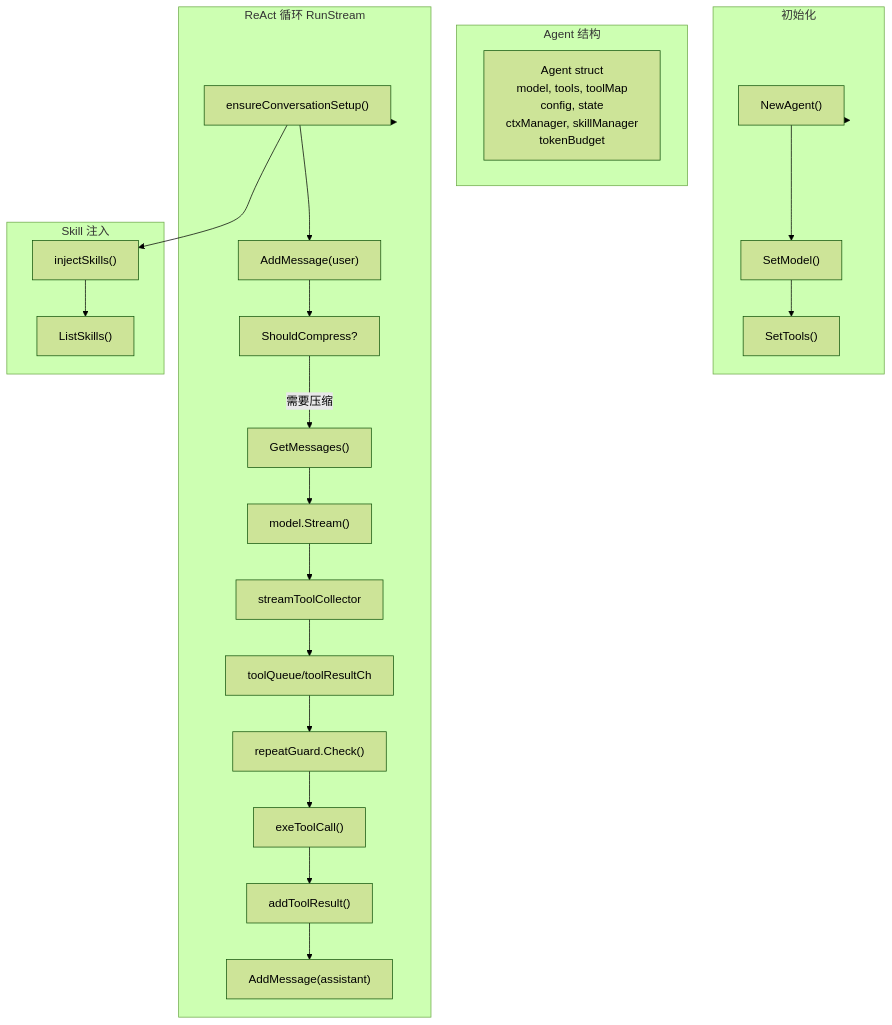
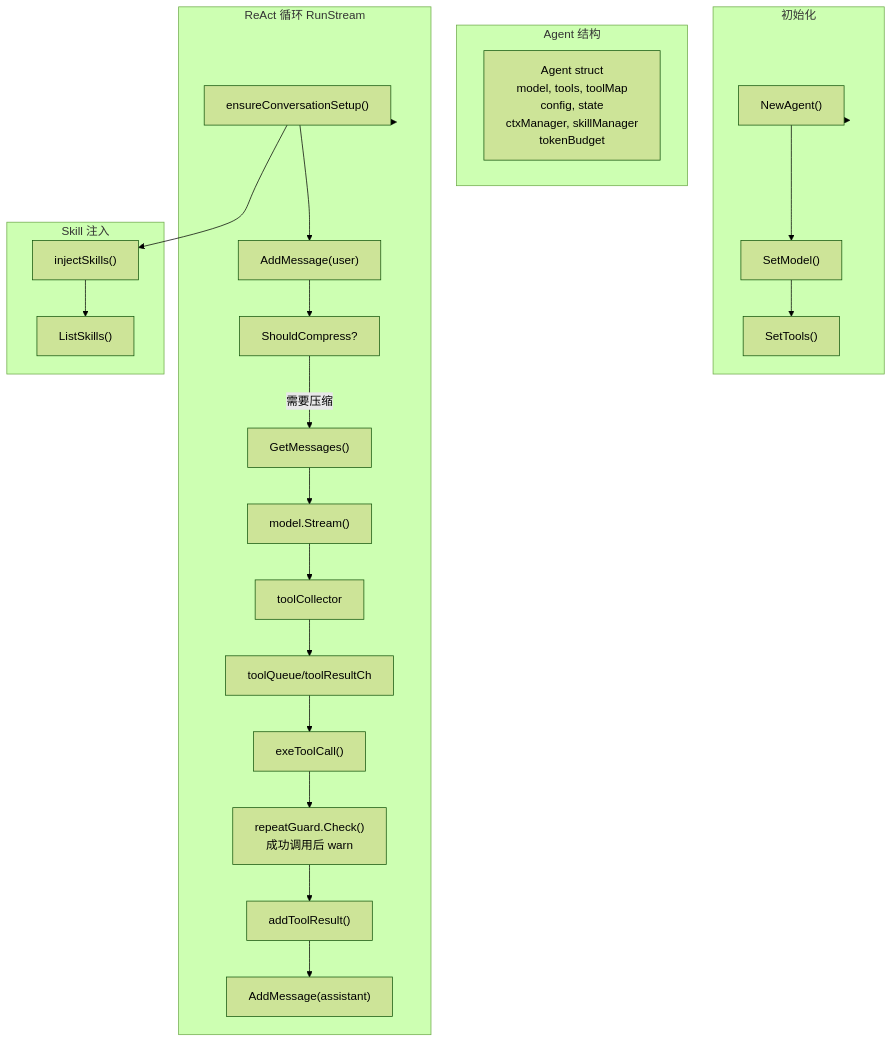
Before and after one commit to Ozqi/5hAgent: the first of 3 diagrams in doc/agent.md, drawn with Mermaid (forest theme). The commit also changed other lines of this file and 2 other files, not shown here.

Commit message:
docs: update agent tool streaming and TUI tool status behavior

````diff
--- a/doc/agent.md
+++ b/doc/agent.md
@@ -5,37 +5,37 @@
 ```mermaid
 flowchart TB
     subgraph Agent["Agent 结构"]
         A["Agent struct<br/>model, tools, toolMap<br/>config, state<br/>ctxManager, skillManager<br/>tokenBudget"]
     end
 
     subgraph Init["初始化"]
         NA["NewAgent()"]
         SM["SetModel()"]
         ST["SetTools()"]
     end
 
     subgraph Loop["ReAct 循环 RunStream"]
         ECS["ensureConversationSetup()"]
         AM["AddMessage(user)"]
         SC["ShouldCompress?"]
         GM["GetMessages()"]
         STREAM["model.Stream()"]
-        COLLECT["streamToolCollector"]
+        COLLECT["toolCollector"]
         QUEUE["toolQueue/toolResultCh"]
-        CHECK["repeatGuard.Check()"]
+        CHECK["repeatGuard.Check()<br/>成功调用后 warn"]
         EXEC["exeToolCall()"]
         ATR["addToolResult()"]
         ADD_ASST["AddMessage(assistant)"]
     end
 
     subgraph Skill["Skill 注入"]
         IS["injectSkills()"]
         LS["ListSkills()"]
     end
 
     Init --> NA --> SM --> ST
     Loop --> ECS --> IS --> LS
     ECS --> AM --> SC
     SC -->|需要压缩| GM
-    GM --> STREAM --> COLLECT --> QUEUE --> CHECK --> EXEC --> ATR --> ADD_ASST
+    GM --> STREAM --> COLLECT --> QUEUE --> EXEC --> CHECK --> ATR --> ADD_ASST
 ```
````
